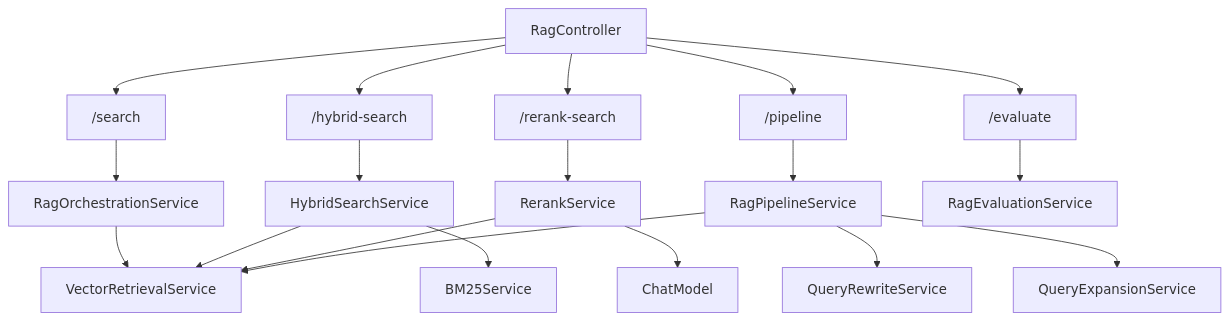
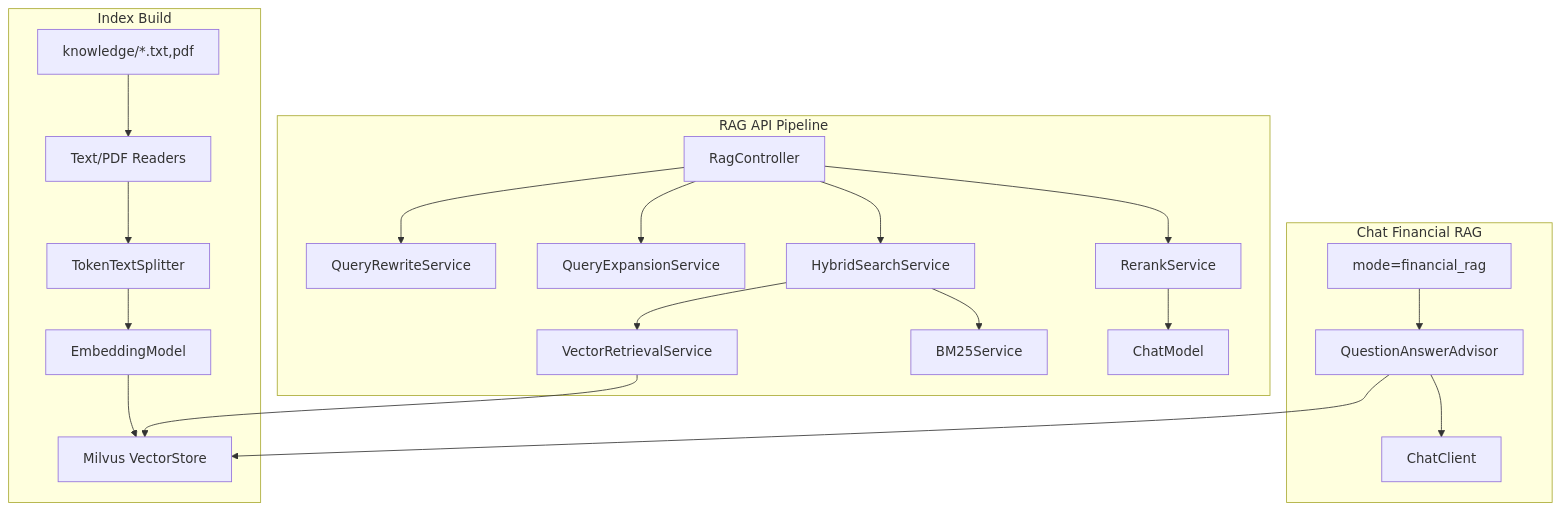
Before and after one commit to 839891627/aidevelop: the sixth of 10 diagrams in docs/architecture.md, drawn with Mermaid. The commit also changed other lines of this file and 35 other files, not shown here.

````diff
--- a/docs/architecture.md
+++ b/docs/architecture.md
@@ -164,23 +238,26 @@
 ```mermaid
 flowchart TB
-  RagController --> Search["/search"]
-  RagController --> Hybrid["/hybrid-search"]
-  RagController --> Rerank["/rerank-search"]
-  RagController --> Pipeline["/pipeline"]
-  RagController --> Evaluate["/evaluate"]
+  subgraph build [Index Build]
+    KnowledgeFiles["knowledge/*.txt,pdf"] --> DocumentReaders["Text/PDF Readers"]
+    DocumentReaders --> TokenSplitter["TokenTextSplitter"]
+    TokenSplitter --> EmbeddingModel
+    EmbeddingModel --> Milvus["Milvus VectorStore"]
+  end
 
-  Search --> RagOrchestrationService
-  Hybrid --> HybridSearchService
-  Rerank --> RerankService
-  Pipeline --> RagPipelineService
-  Evaluate --> RagEvaluationService
+  subgraph chatRag [Chat Financial RAG]
+    ChatModeFinancial["mode=financial_rag"] --> QuestionAnswerAdvisor
+    QuestionAnswerAdvisor --> Milvus
+    QuestionAnswerAdvisor --> ChatClient
+  end
 
-  RagOrchestrationService --> VectorRetrievalService
-  HybridSearchService --> VectorRetrievalService
-  HybridSearchService --> BM25Service
-  RerankService --> VectorRetrievalService
-  RerankService --> ChatModel
-  RagPipelineService --> QueryRewriteService
-  RagPipelineService --> QueryExpansionService
-  RagPipelineService --> VectorRetrievalService
+  subgraph ragApi [RAG API Pipeline]
+    RagController --> QueryRewriteService
+    RagController --> QueryExpansionService
+    RagController --> HybridSearchService
+    RagController --> RerankService
+    HybridSearchService --> VectorRetrievalService
+    HybridSearchService --> BM25Service
+    VectorRetrievalService --> Milvus
+    RerankService --> ChatModel
+  end
 ```
````
